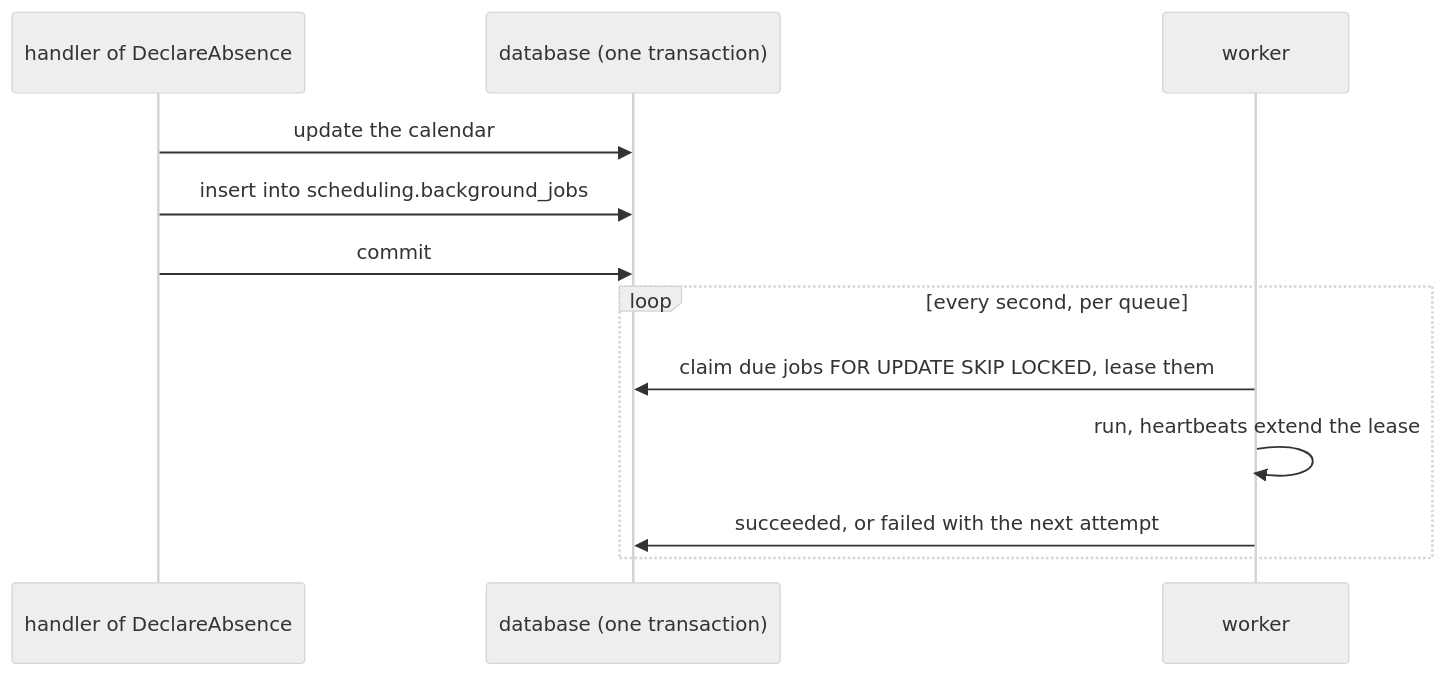
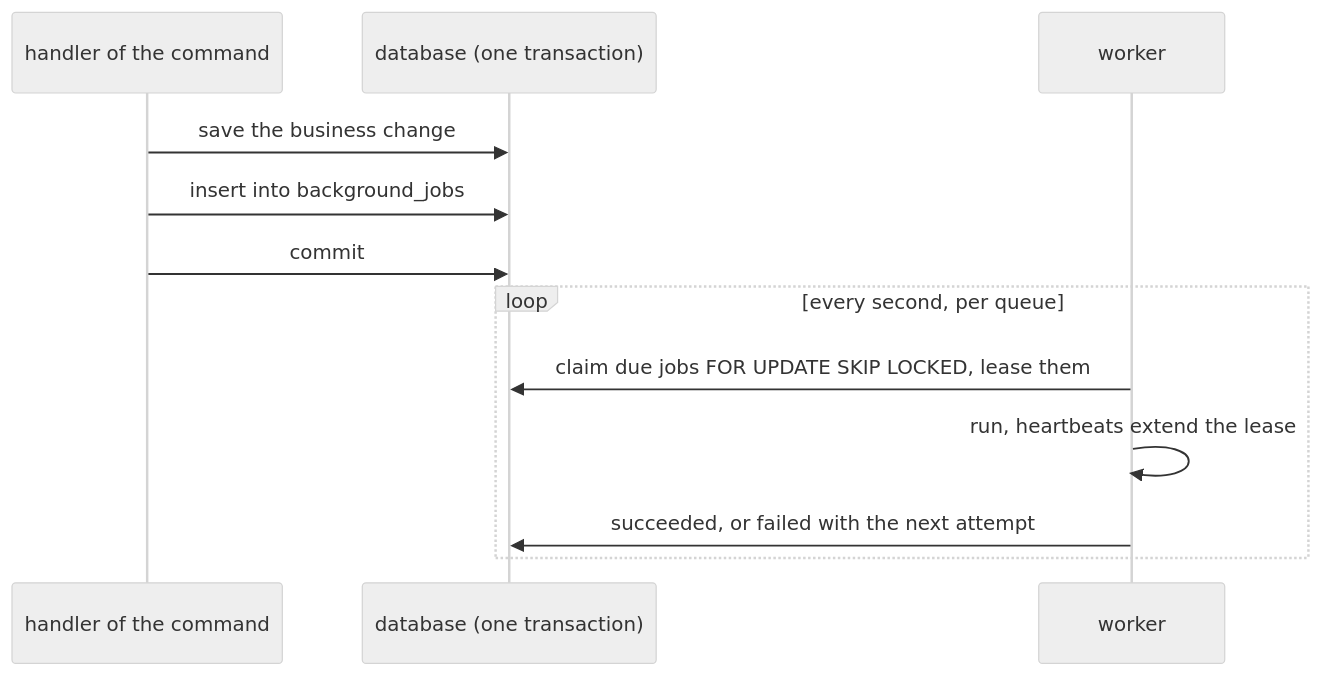
Before and after one commit to gbourgeat/ddd-ts-kit: the diagram in docs/concepts/background-jobs.md, drawn with Mermaid (neutral theme). The commit also changed other lines of this file and 253 other files, not shown here.

Commit message:
docs(concepts): enrich the concept pages with diagrams and checked samples, in French too

````diff
--- a/docs/concepts/background-jobs.md
+++ b/docs/concepts/background-jobs.md
@@ -79,14 +251,14 @@
 ```mermaid
 sequenceDiagram
-  participant H as handler of DeclareAbsence
+  participant H as handler of the command
   participant DB as database (one transaction)
   participant W as worker
-  H->>DB: update the calendar
-  H->>DB: insert into scheduling.background_jobs
+  H->>DB: save the business change
+  H->>DB: insert into background_jobs
   H->>DB: commit
   loop every second, per queue
     W->>DB: claim due jobs FOR UPDATE SKIP LOCKED, lease them
     W->>W: run, heartbeats extend the lease
     W->>DB: succeeded, or failed with the next attempt
   end
 ```
````
